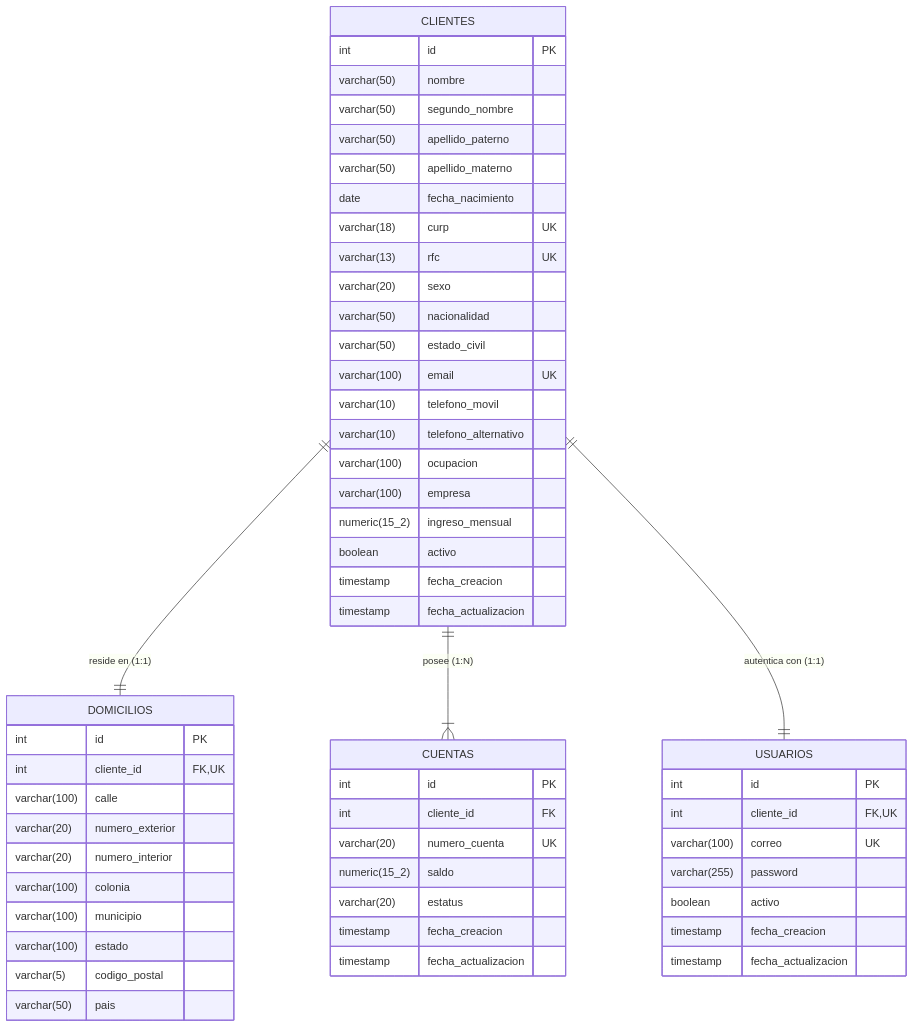
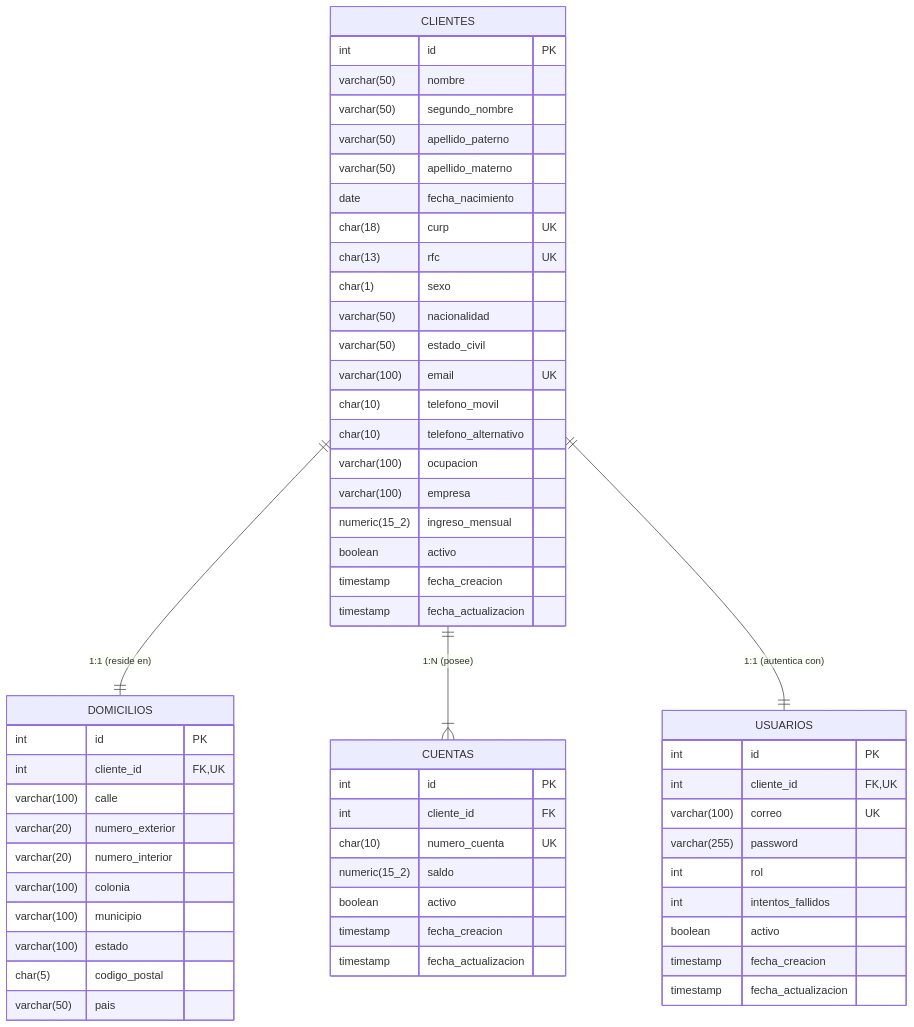
One commit to CatalinaDM/gestopago changed the diagram in docs/DOCUMENTACION_TECNICA_ONBOARDING.md. Above: the diagram before and after it, drawn with Mermaid. The commit also changed other lines of this file and 36 other files, not shown here.

````diff
--- a/docs/DOCUMENTACION_TECNICA_ONBOARDING.md
+++ b/docs/DOCUMENTACION_TECNICA_ONBOARDING.md
@@ -10,62 +44,64 @@
 ```mermaid
 erDiagram
-    CLIENTES ||--|| DOMICILIOS : "reside en (1:1)"
-    CLIENTES ||--|{ CUENTAS : "posee (1:N)"
-    CLIENTES ||--|| USUARIOS : "autentica con (1:1)"
+    CLIENTES ||--|| DOMICILIOS : "1:1 (reside en)"
+    CLIENTES ||--|{ CUENTAS : "1:N (posee)"
+    CLIENTES ||--|| USUARIOS : "1:1 (autentica con)"
 
     CLIENTES {
         int id PK
         varchar(50) nombre
         varchar(50) segundo_nombre
         varchar(50) apellido_paterno
         varchar(50) apellido_materno
         date fecha_nacimiento
-        varchar(18) curp UK
-        varchar(13) rfc UK
-        varchar(20) sexo
+        char(18) curp UK
+        char(13) rfc UK
+        char(1) sexo
         varchar(50) nacionalidad
         varchar(50) estado_civil
         varchar(100) email UK
-        varchar(10) telefono_movil
-        varchar(10) telefono_alternativo
+        char(10) telefono_movil
+        char(10) telefono_alternativo
         varchar(100) ocupacion
         varchar(100) empresa
         numeric(15_2) ingreso_mensual
         boolean activo
         timestamp fecha_creacion
         timestamp fecha_actualizacion
     }
 
     DOMICILIOS {
         int id PK
         int cliente_id FK,UK
         varchar(100) calle
         varchar(20) numero_exterior
         varchar(20) numero_interior
         varchar(100) colonia
         varchar(100) municipio
         varchar(100) estado
-        varchar(5) codigo_postal
+        char(5) codigo_postal
         varchar(50) pais
     }
 
     CUENTAS {
         int id PK
         int cliente_id FK
-        varchar(20) numero_cuenta UK
+        char(10) numero_cuenta UK
         numeric(15_2) saldo
-        varchar(20) estatus
+        boolean activo
         timestamp fecha_creacion
         timestamp fecha_actualizacion
     }
 
     USUARIOS {
         int id PK
         int cliente_id FK,UK
         varchar(100) correo UK
         varchar(255) password
+        int rol
+        int intentos_fallidos
         boolean activo
         timestamp fecha_creacion
         timestamp fecha_actualizacion
     }
 ```
````
